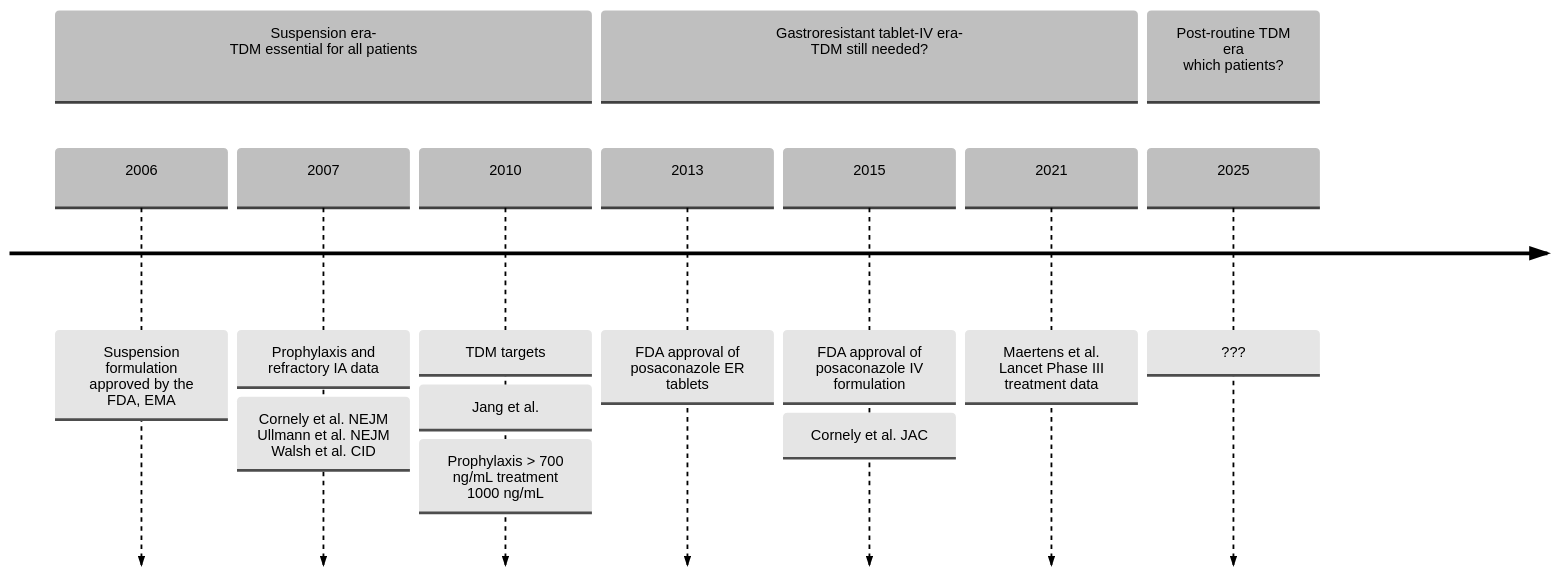
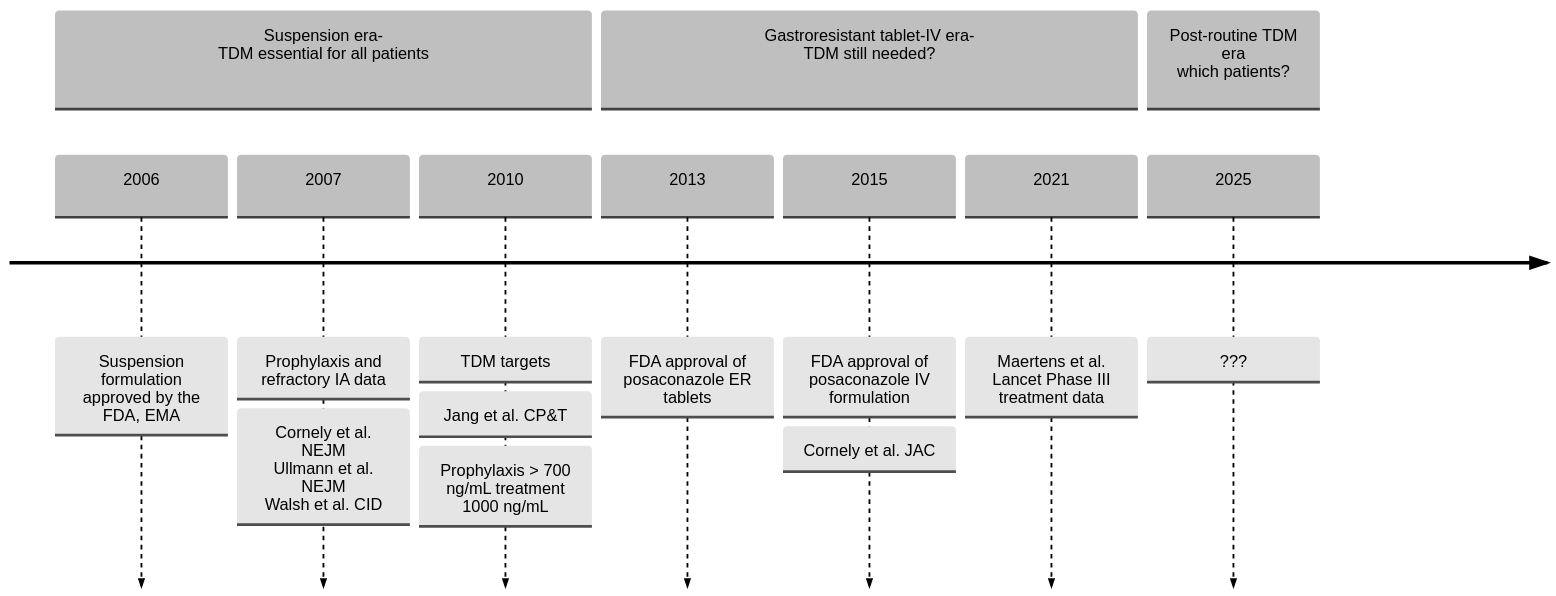
Before and after one commit to Russlewisbo/EPAG: the diagram in Lecture1.qmd, drawn with Mermaid. The commit also changed other lines of this file and 4 other files, not shown here.

````diff
--- a/Lecture1.qmd
+++ b/Lecture1.qmd
@@ -38,29 +56,29 @@
 ```{mermaid}
-%%{
-  init: {
+%%{init: {
     'theme': 'base',
     'themeVariables': {
+      'fontSize': '18px',
       'primaryColor': '#ffffff',
       'primaryTextColor': '#000000',
       'primaryBorderColor': '##ffffff',
       'lineColor': '#000000',
       'secondaryColor': '#ffffff',
       'tertiaryColor': '#ffffff'
     }
   }
 }%%
 
 
 timeline
 section Suspension era- <br>TDM essential for all patients
   2006: Suspension formulation approved by the FDA, EMA
   2007: Prophylaxis and refractory IA data: Cornely et al. NEJM <br> Ullmann et al. NEJM <br> Walsh et al. CID 
-  2010: TDM targets: Jang et al. : Prophylaxis > 700 ng/mL treatment <br>  1000 ng/mL
+  2010: TDM targets: Jang et al. CP&T : Prophylaxis > 700 ng/mL treatment <br>  1000 ng/mL
 section Gastroresistant tablet-IV era- <br> TDM still needed?
   2013: FDA approval of posaconazole ER tablets 
   2015: FDA approval of posaconazole IV formulation: Cornely et al. JAC
   2021: Maertens et al. Lancet Phase III treatment data
 section Post-routine TDM era <br> which patients?
   2025: ???
   
 ```
````
